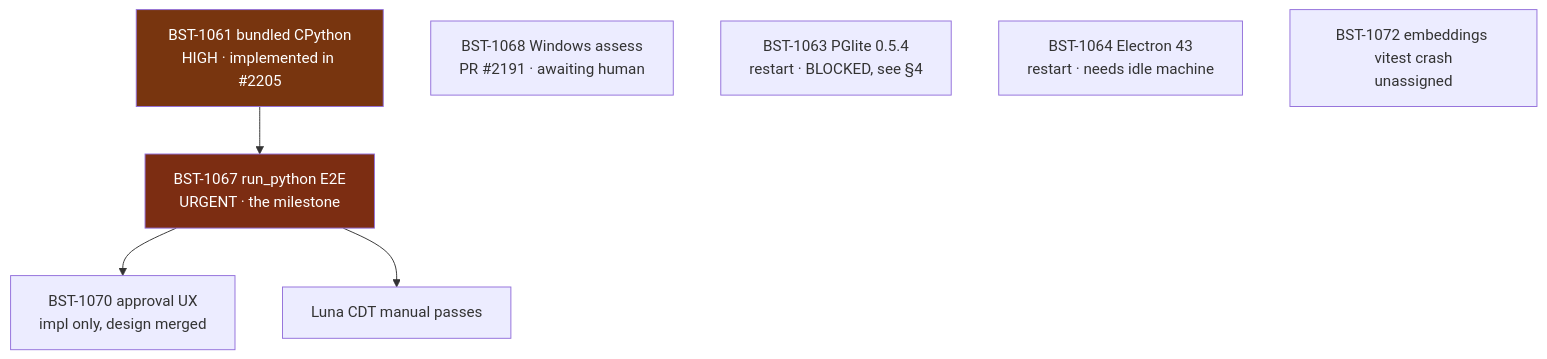
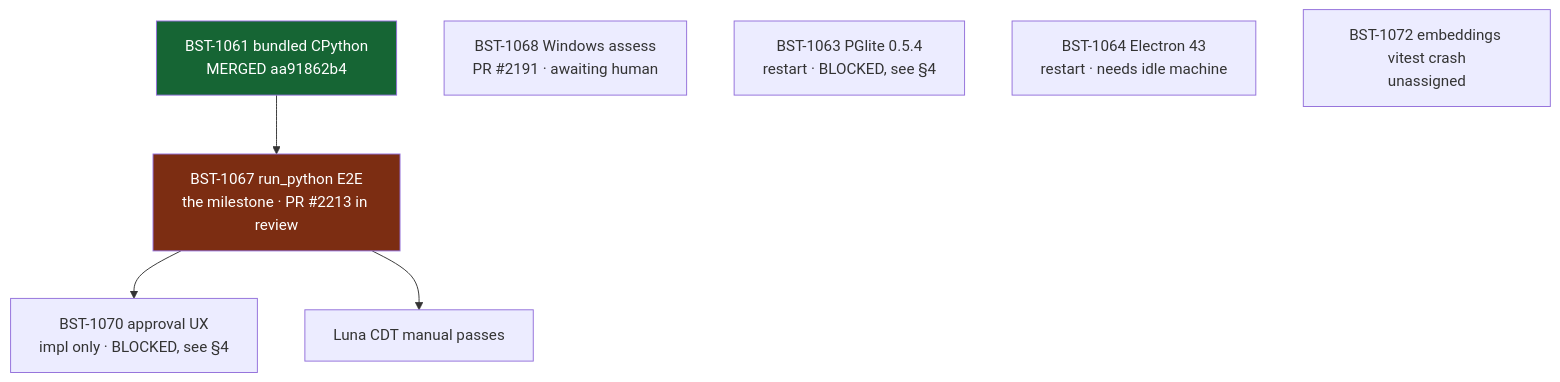
The diagram in docs/handoff-agent-code-sandboxing-2026-08-01.md (seandearnaley/brainstrike), drawn with Mermaid before and after one commit. The commit also changed other lines of this file, not shown here.

First line of the commit message:
Handoff: finish the BST-1061 correction and record BST-1067 (#2211 review)

````diff
--- a/docs/handoff-agent-code-sandboxing-2026-08-01.md
+++ b/docs/handoff-agent-code-sandboxing-2026-08-01.md
@@ -59,13 +62,13 @@
 ```mermaid
 graph TD
-  A["BST-1061 bundled CPython<br/>HIGH · implemented in #2205"] --> B
-  B["BST-1067 run_python E2E<br/>URGENT · the milestone"] --> C["BST-1070 approval UX<br/>impl only, design merged"]
+  A["BST-1061 bundled CPython<br/>MERGED aa91862b4"] --> B
+  B["BST-1067 run_python E2E<br/>the milestone · PR #2213 in review"] --> C["BST-1070 approval UX<br/>impl only · BLOCKED, see §4"]
   B --> D["Luna CDT manual passes"]
   E["BST-1068 Windows assess<br/>PR #2191 · awaiting human"]
   F["BST-1063 PGlite 0.5.4<br/>restart · BLOCKED, see §4"]
   G["BST-1064 Electron 43<br/>restart · needs idle machine"]
   H["BST-1072 embeddings vitest crash<br/>unassigned"]
 
   style B fill:#7c2d12,color:#fff
-  style A fill:#78350f,color:#fff
+  style A fill:#166534,color:#fff
 ```
````
